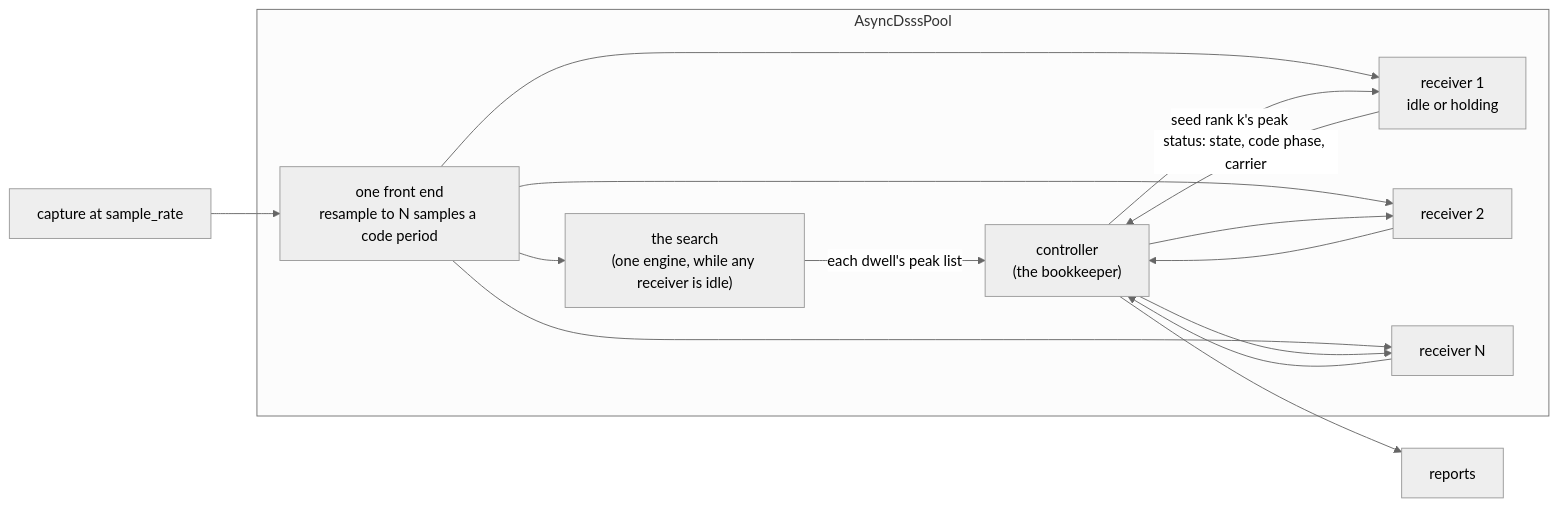
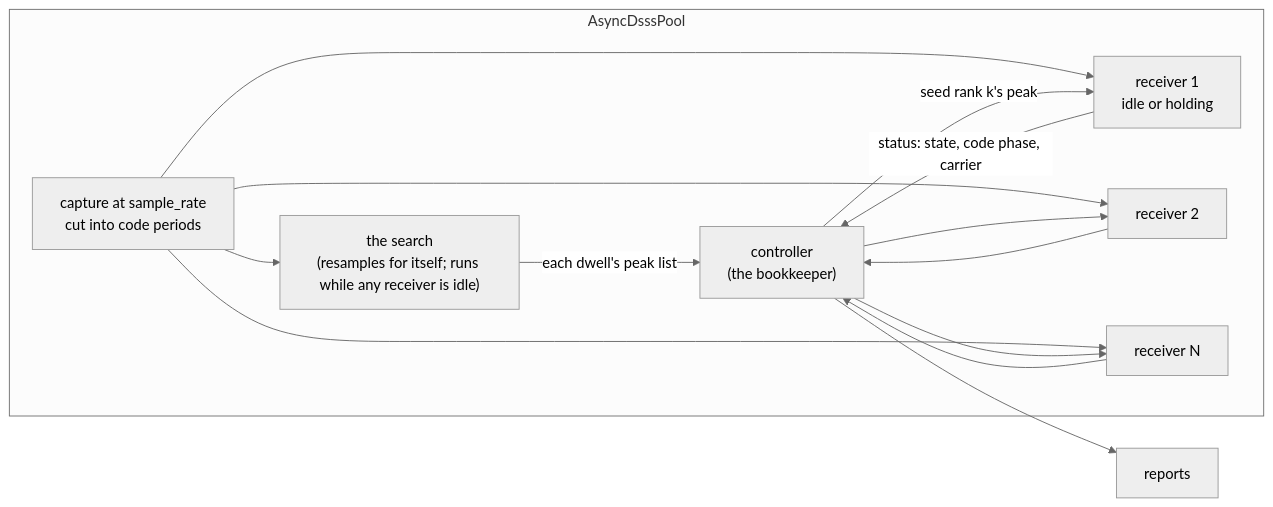
Before and after one commit to doppler-dsp/doppler: the second of 2 diagrams in docs/design/async-dsss-receiver.md, drawn with Mermaid (neutral theme). The commit also changed other lines of this file and 1 other file, not shown here.

First line of the commit message:
docs(design): the async DSSS page says what the code does about its front end, depth and cadence

````diff
--- a/docs/design/async-dsss-receiver.md
+++ b/docs/design/async-dsss-receiver.md
@@ -1247,18 +1312,18 @@
 ```mermaid
 flowchart LR
-    IN["capture at sample_rate"] --> FE["one front end<br/>resample to N samples a code period"]
+    IN["capture at sample_rate<br/>cut into code periods"]
     subgraph POOL["AsyncDsssPool"]
-        FE --> S["the search<br/>(one engine, while any receiver is idle)"]
-        FE --> R1["receiver 1<br/>idle or holding"]
-        FE --> R2["receiver 2"]
-        FE --> RN["receiver N"]
+        IN --> S["the search<br/>(resamples for itself; runs while any receiver is idle)"]
+        IN --> R1["receiver 1<br/>idle or holding"]
+        IN --> R2["receiver 2"]
+        IN --> RN["receiver N"]
         S -->|"each dwell's peak list"| C["controller<br/>(the bookkeeper)"]
         R1 -->|"status: state, code phase, carrier"| C
         R2 --> C
         RN --> C
         C -->|"seed rank k's peak"| R1
         C --> R2
         C --> RN
     end
     C --> OUT["reports"]
 ```
````
